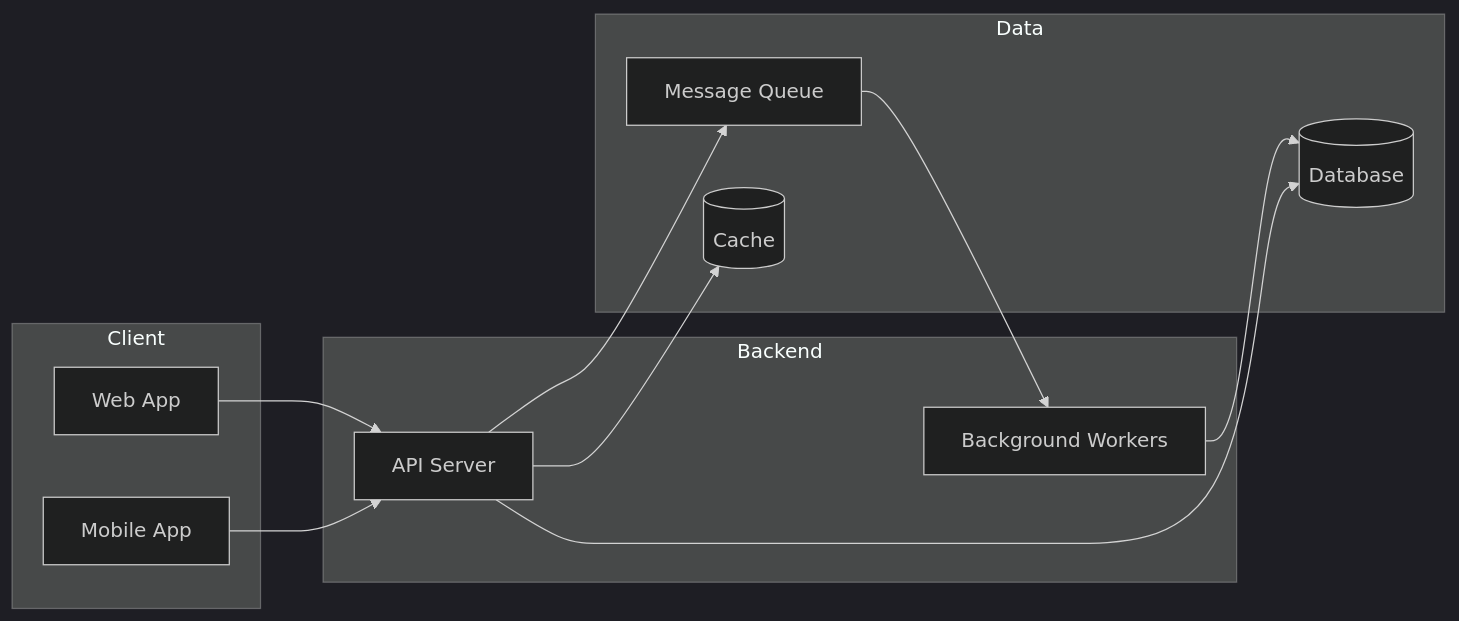
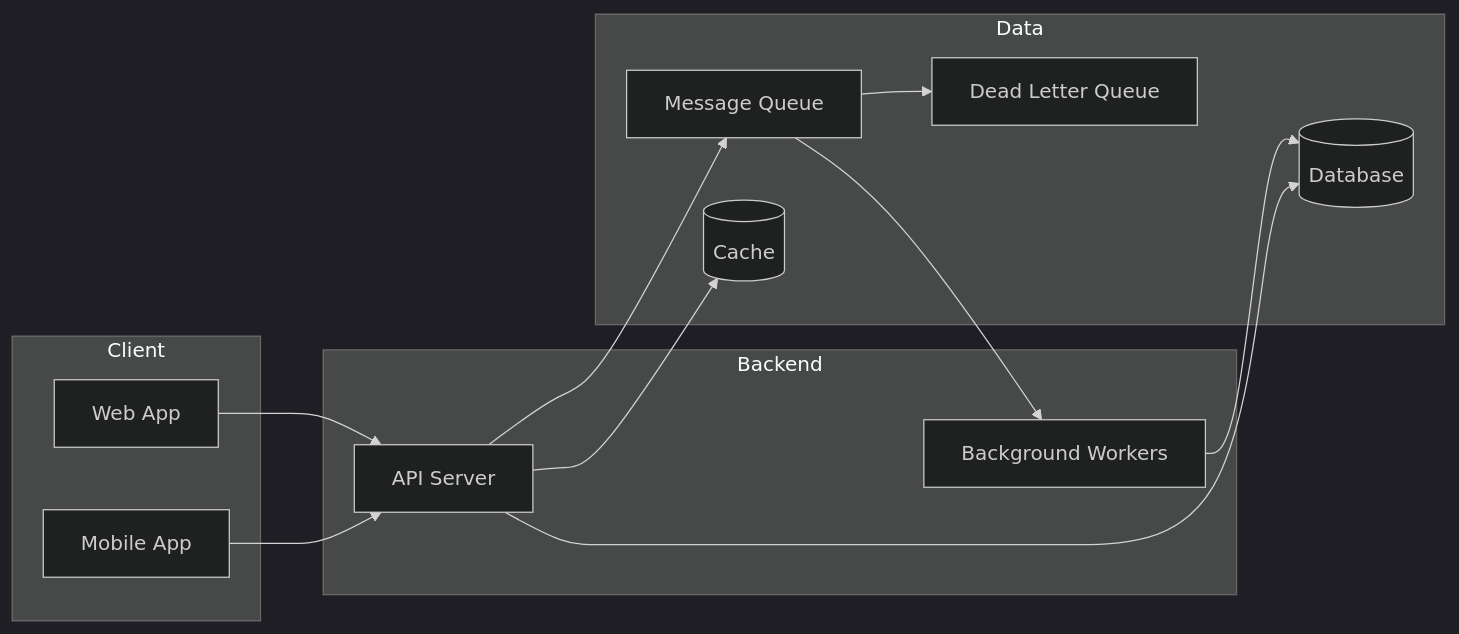
One commit to devweekends/docs changed the first of 4 diagrams in case-studies/template.mdx. Above: the diagram before and after it, drawn with Mermaid (dark theme). The commit also changed other lines of this file and 899 other files, not shown here.

````diff
--- a/case-studies/template.mdx
+++ b/case-studies/template.mdx
@@ -57,23 +65,25 @@
 ```mermaid
 flowchart LR
     subgraph Client
         Web[Web App]
         Mobile[Mobile App]
     end
     
     subgraph Backend
         API[API Server]
         Worker[Background Workers]
     end
     
     subgraph Data
         DB[(Database)]
         Cache[(Cache)]
         Queue[Message Queue]
+        DLQ[Dead Letter Queue]
     end
     
     Web & Mobile --> API
     API --> DB & Cache
     API --> Queue --> Worker
+    Queue --> DLQ
     Worker --> DB
 ```
````
